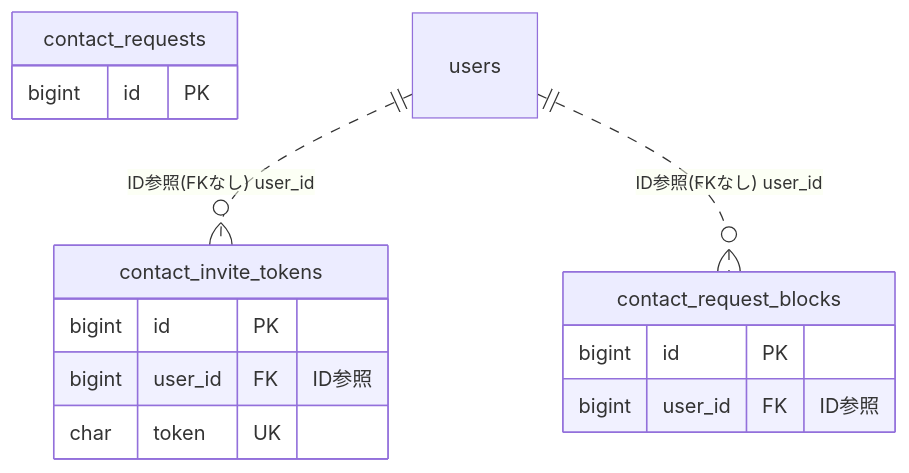
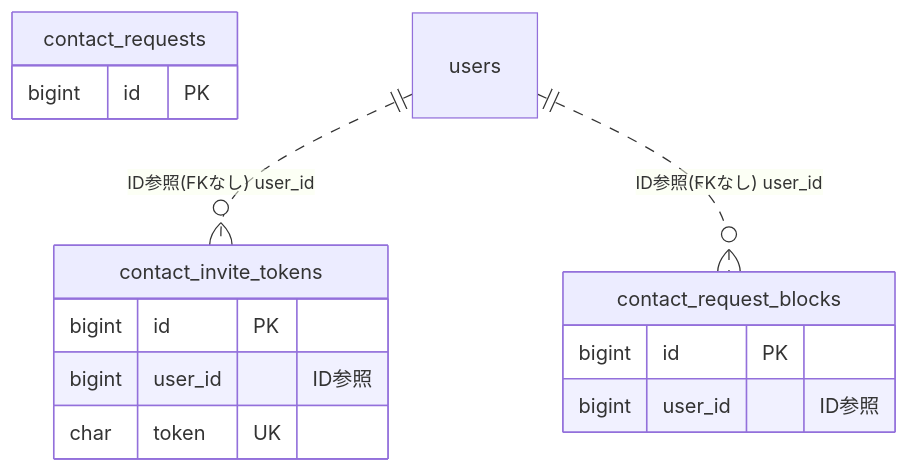
Before and after one commit to kenta-0420/mannschaft: the diagram in docs/architecture/er/contact.md, drawn with Mermaid. The commit also changed other lines of this file and 115 other files, not shown here.

Commit message:
改善: ER図のFKマーカーを実FKのみに限定し、被参照の逆引き節とREADME凡例を追加 (PR #4268)

````diff
--- a/docs/architecture/er/contact.md
+++ b/docs/architecture/er/contact.md
@@ -12,18 +12,18 @@
 ```mermaid
 erDiagram
     contact_invite_tokens {
         bigint id PK
-        bigint user_id FK "ID参照"
+        bigint user_id "ID参照"
         char token UK
     }
     contact_request_blocks {
         bigint id PK
-        bigint user_id FK "ID参照"
+        bigint user_id "ID参照"
     }
     contact_requests {
         bigint id PK
     }
     users
     users ||..o{ contact_invite_tokens : "ID参照(FKなし) user_id"
     users ||..o{ contact_request_blocks : "ID参照(FKなし) user_id"
 ```
````
